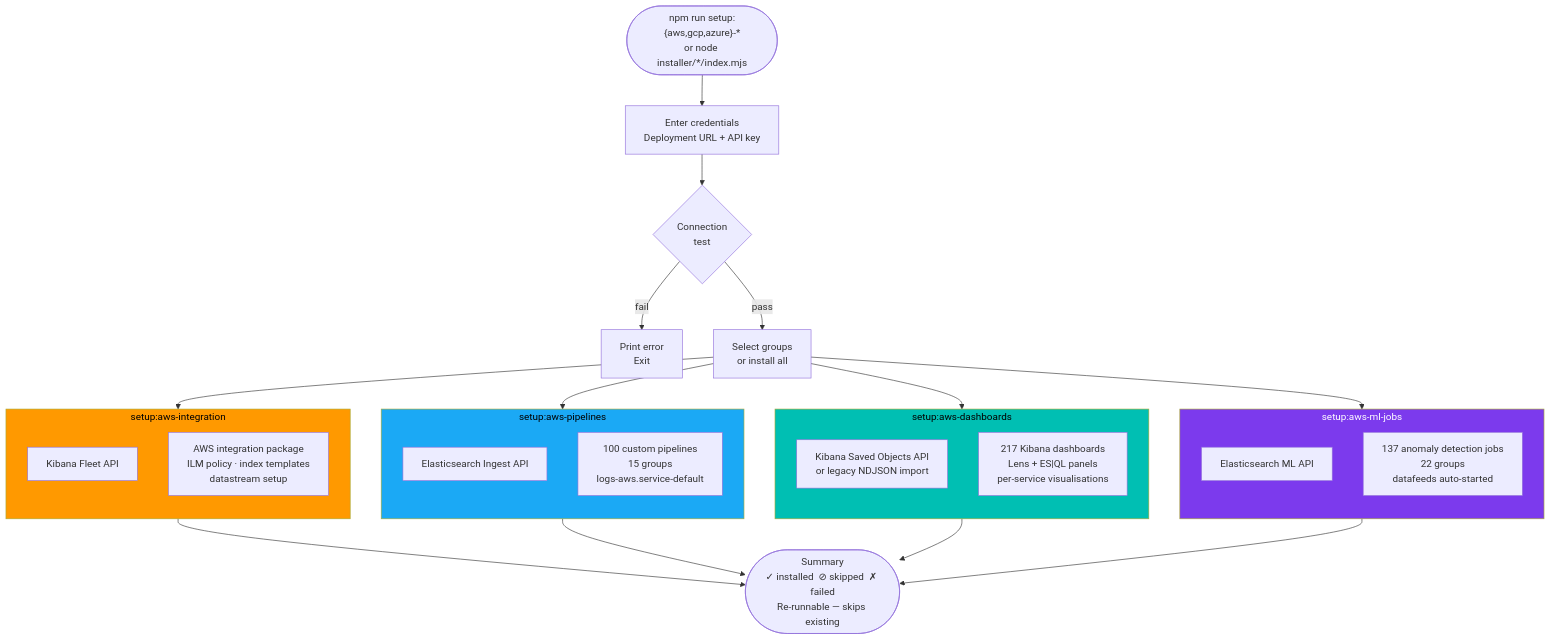
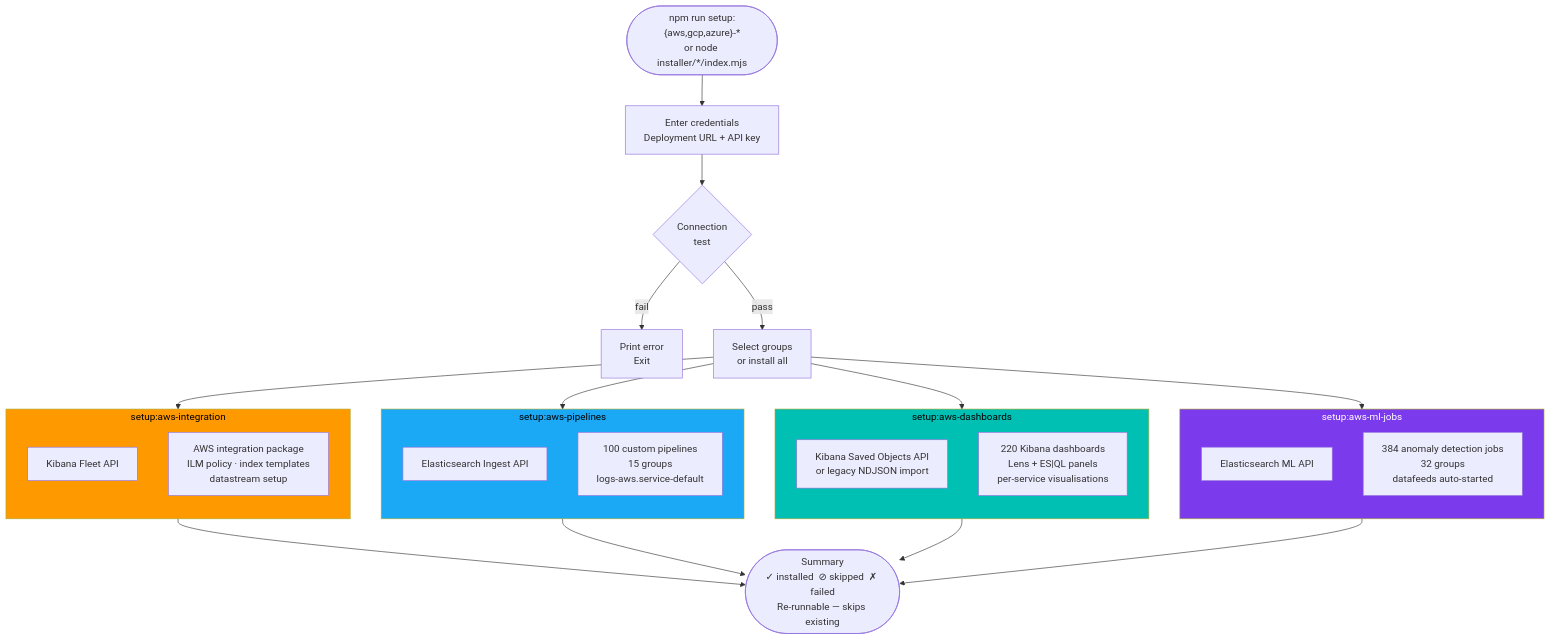
The fourth of 14 diagrams in docs/diagrams.md (rkernutt/cloud-to-elastic-load-generator), drawn with Mermaid before and after one commit. The commit also changed other lines of this file and 1110 other files, not shown here.

````diff
--- a/docs/diagrams.md
+++ b/docs/diagrams.md
@@ -303,47 +305,47 @@
 ```mermaid
 flowchart TD
     START(["npm run setup:{aws,gcp,azure}-*\nor node installer/*/index.mjs"]) --> AUTH
 
     AUTH["Enter credentials\nDeployment URL + API key"]
     AUTH --> TEST{"Connection\ntest"}
     TEST -->|"fail"| ERR1["Print error\nExit"]
     TEST -->|"pass"| MENU["Select groups\nor install all"]
 
     MENU --> I1 & I2 & I3 & I4
 
     subgraph I1["setup:aws-integration"]
         direction TB
         A1["Kibana Fleet API"]
         A2["AWS integration package\nILM policy · index templates\ndatastream setup"]
     end
 
     subgraph I2["setup:aws-pipelines"]
         direction TB
         B1["Elasticsearch Ingest API"]
         B2["100 custom pipelines\n15 groups\nlogs-aws.service-default"]
     end
 
     subgraph I3["setup:aws-dashboards"]
         direction TB
         C1["Kibana Saved Objects API\nor legacy NDJSON import"]
-        C2["217 Kibana dashboards\nLens + ES|QL panels\nper-service visualisations"]
+        C2["220 Kibana dashboards\nLens + ES|QL panels\nper-service visualisations"]
     end
 
     subgraph I4["setup:aws-ml-jobs"]
         direction TB
         D1["Elasticsearch ML API"]
-        D2["137 anomaly detection jobs\n22 groups\ndatafeeds auto-started"]
+        D2["384 anomaly detection jobs\n32 groups\ndatafeeds auto-started"]
     end
 
     I1 --> DONE
     I2 --> DONE
     I3 --> DONE
     I4 --> DONE
 
     DONE(["Summary\n✓ installed  ⊘ skipped  ✗ failed\nRe-runnable — skips existing"])
 
     style I1 fill:#FF9900,color:#000
     style I2 fill:#1BA9F5,color:#000
     style I3 fill:#00BFB3,color:#000
     style I4 fill:#7C3AED,color:#fff
 ```
````
